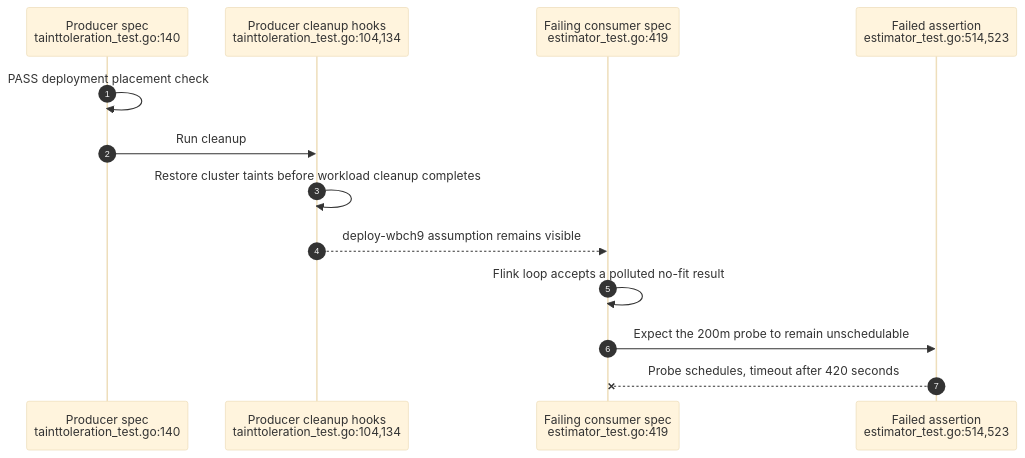
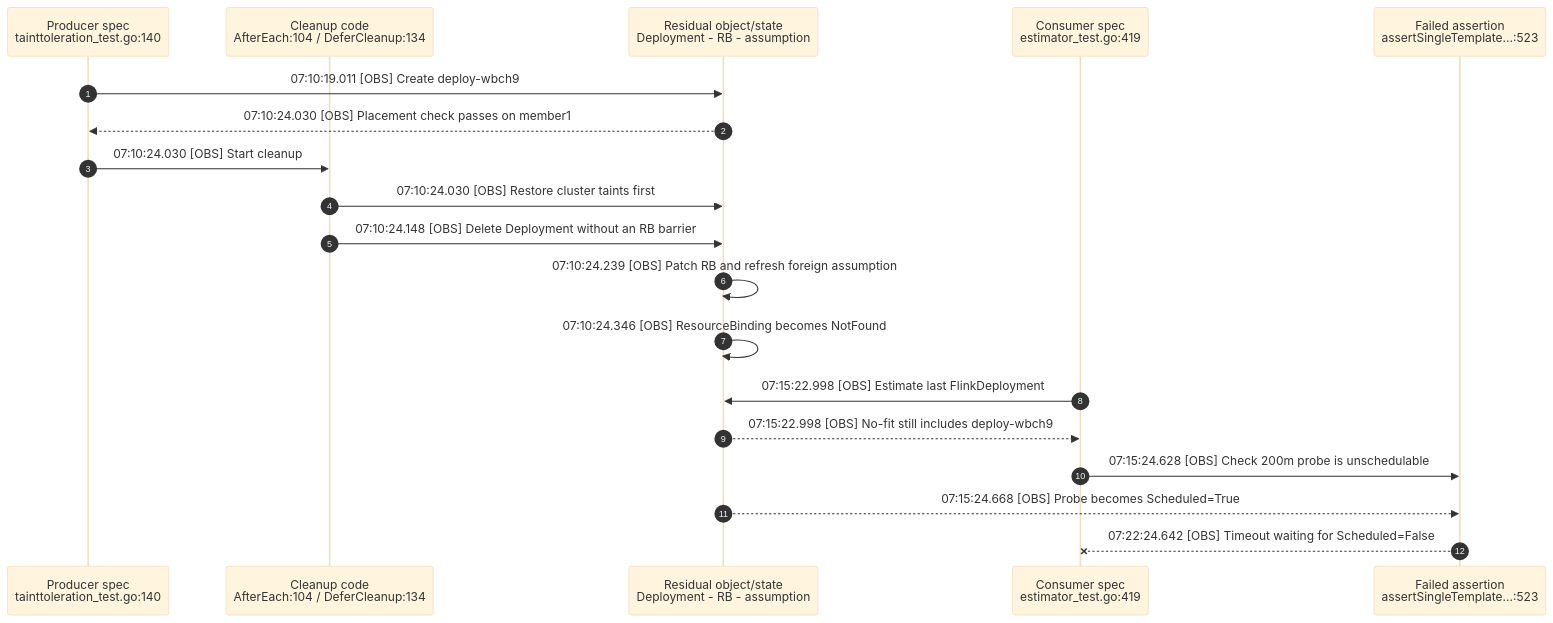
One commit to ranxi2001/karmada changed the first of 2 diagrams in internship-reports/day48-issue7826-revised-body-draft.md. Above: the diagram before and after it, drawn with Mermaid (base theme). The commit also changed other lines of this file and 2 other files, not shown here.

````diff
--- a/internship-reports/day48-issue7826-revised-body-draft.md
+++ b/internship-reports/day48-issue7826-revised-body-draft.md
@@ -28,16 +28,22 @@
 ```mermaid
 sequenceDiagram
     autonumber
     participant P as Producer spec<br/>tainttoleration_test.go:140
-    participant H as Producer cleanup hooks<br/>tainttoleration_test.go:104,134
-    participant C as Failing consumer spec<br/>estimator_test.go:419
-    participant A as Failed assertion<br/>estimator_test.go:514,523
+    participant H as Cleanup code<br/>AfterEach:104 / DeferCleanup:134
+    participant O as Residual object/state<br/>Deployment - RB - assumption
+    participant C as Consumer spec<br/>estimator_test.go:419
+    participant A as Failed assertion<br/>assertSingleTemplate...:523
 
-    P->>P: PASS deployment placement check
-    P->>H: Run cleanup
-    H->>H: Restore cluster taints before workload cleanup completes
-    H-->>C: deploy-wbch9 assumption remains visible
-    C->>C: Flink loop accepts a polluted no-fit result
-    C->>A: Expect the 200m probe to remain unschedulable
-    A--xC: Probe schedules, timeout after 420 seconds
+    P->>O: 07:10:19.011 [OBS] Create deploy-wbch9
+    O-->>P: 07:10:24.030 [OBS] Placement check passes on member1
+    P->>H: 07:10:24.030 [OBS] Start cleanup
+    H->>O: 07:10:24.030 [OBS] Restore cluster taints first
+    H->>O: 07:10:24.148 [OBS] Delete Deployment without an RB barrier
+    O->>O: 07:10:24.239 [OBS] Patch RB and refresh foreign assumption
+    O->>O: 07:10:24.346 [OBS] ResourceBinding becomes NotFound
+    C->>O: 07:15:22.998 [OBS] Estimate last FlinkDeployment
+    O-->>C: 07:15:22.998 [OBS] No-fit still includes deploy-wbch9
+    C->>A: 07:15:24.628 [OBS] Check 200m probe is unschedulable
+    O-->>A: 07:15:24.668 [OBS] Probe becomes Scheduled=True
+    A--xC: 07:22:24.642 [OBS] Timeout waiting for Scheduled=False
 ```
````
